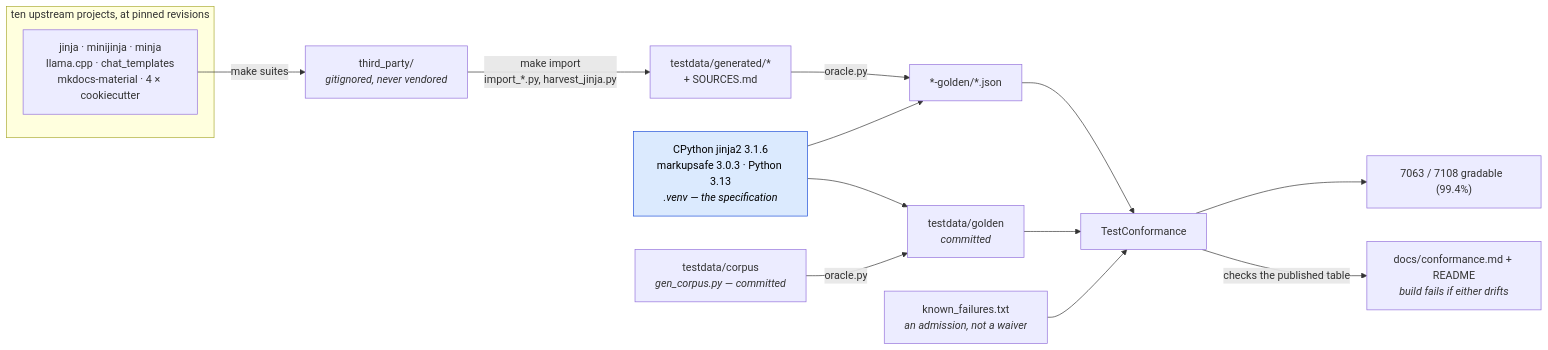
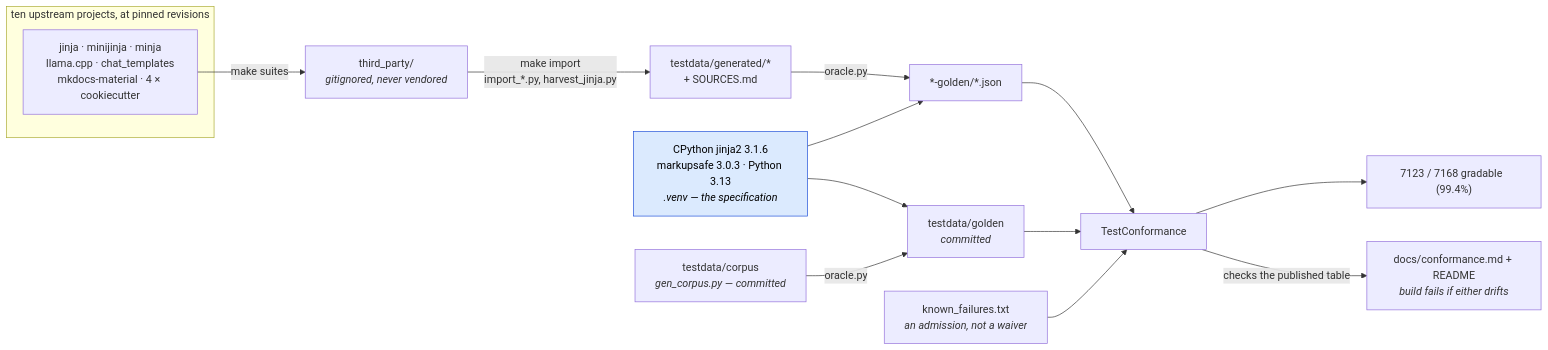
Before and after one commit to mgilbir/gojja2: the first of 2 diagrams in docs/conformance.md, drawn with Mermaid. The commit also changed other lines of this file and 197 other files, not shown here.

````diff
--- a/docs/conformance.md
+++ b/docs/conformance.md
@@ -17,24 +17,24 @@
 ```mermaid
 flowchart LR
     subgraph up["ten upstream projects, at pinned revisions"]
         U1["jinja · minijinja · minja<br/>llama.cpp · chat_templates<br/>mkdocs-material · 4 × cookiecutter"]
     end
     U1 -->|"make suites"| TP["third_party/<br/><i>gitignored, never vendored</i>"]
     TP -->|"make import<br/>import_*.py, harvest_jinja.py"| GEN["testdata/generated/*<br/>+ SOURCES.md"]
 
     ORA["CPython jinja2 3.1.6<br/>markupsafe 3.0.3 · Python 3.13<br/><i>.venv — the specification</i>"]
     GEN -->|"oracle.py"| G2["*-golden/*.json"]
     ORA --> G2
 
     OWN["testdata/corpus<br/><i>gen_corpus.py — committed</i>"] -->|"oracle.py"| G1["testdata/golden<br/><i>committed</i>"]
     ORA --> G1
 
     G1 --> TC["TestConformance"]
     G2 --> TC
     KF["known_failures.txt<br/><i>an admission, not a waiver</i>"] --> TC
-    TC --> RATE["7063 / 7108 gradable  (99.4%)"]
+    TC --> RATE["7123 / 7168 gradable  (99.4%)"]
     TC -->|"checks the published table"| RM["docs/conformance.md + README<br/><i>build fails if either drifts</i>"]
 
     classDef spec fill:#dbeafe,stroke:#1d4ed8,color:#000
     class ORA spec
 ```
````
